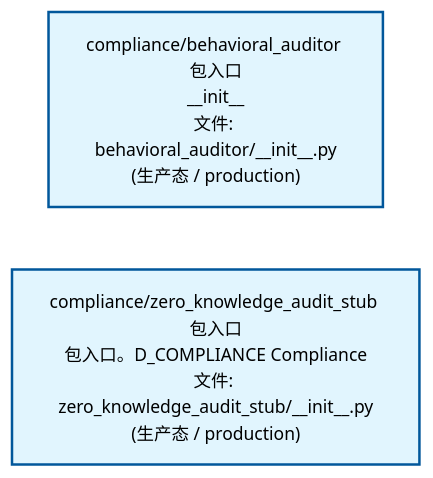
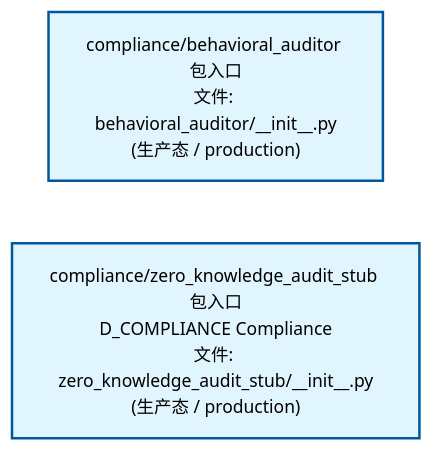
One commit to xuanFelixVan/ZephyrAlpha changed the second of 4 diagrams in docs/02_enterprise_architecture/02_domain_architecture_docs/38_d_compliance.md. Above: the diagram before and after it, drawn with Mermaid. The commit also changed other lines of this file and 58 other files, not shown here.

````diff
--- a/docs/02_enterprise_architecture/02_domain_architecture_docs/38_d_compliance.md
+++ b/docs/02_enterprise_architecture/02_domain_architecture_docs/38_d_compliance.md
@@ -92,12 +91,12 @@
 ```mermaid
 %%{init: {'theme': 'base', 'themeVariables': {'primaryColor': '#eaeaea', 'primaryTextColor': '#333333', 'primaryBorderColor': '#666666', 'lineColor': '#666666', 'secondaryColor': '#eaeaea', 'tertiaryColor': '#eaeaea', 'fontSize': '14px'}}}%%
 flowchart TD
-    src_zephyr_compliance_behavioral_auditor_init_py["compliance/behavioral_auditor 包入口<br/>__init__<br/>文件: behavioral_auditor/__init__.py<br/>(生产态 / production)"]
-    src_zephyr_compliance_zero_knowledge_audit_stub_init_py["compliance/zero_knowledge_audit_stub 包入口<br/>包入口。D_COMPLIANCE Compliance<br/>文件: zero_knowledge_audit_stub/__init__.py<br/>(生产态 / production)"]
+    src_zephyr_compliance_behavioral_auditor_init_py["compliance/behavioral_auditor 包入口<br/>文件: behavioral_auditor/__init__.py<br/>(生产态 / production)"]
+    src_zephyr_compliance_zero_knowledge_audit_stub_init_py["compliance/zero_knowledge_audit_stub 包入口<br/>D_COMPLIANCE Compliance<br/>文件: zero_knowledge_audit_stub/__init__.py<br/>(生产态 / production)"]
     src_zephyr_compliance_behavioral_auditor_init_py ~~~ src_zephyr_compliance_zero_knowledge_audit_stub_init_py
     classDef production fill:#e1f5fe,stroke:#01579b,stroke-width:2px,color:#000
     classDef design fill:#fff3e0,stroke:#e65100,stroke-width:2px,color:#000,stroke-dasharray: 5 5
     classDef external_prod fill:#e8f4fd,stroke:#0277bd,stroke-width:1px,color:#000
     classDef external_design fill:#fff8e7,stroke:#ef6c00,stroke-width:1px,color:#000,stroke-dasharray: 5 5
     class src_zephyr_compliance_behavioral_auditor_init_py,src_zephyr_compliance_zero_knowledge_audit_stub_init_py production
 ```
````
